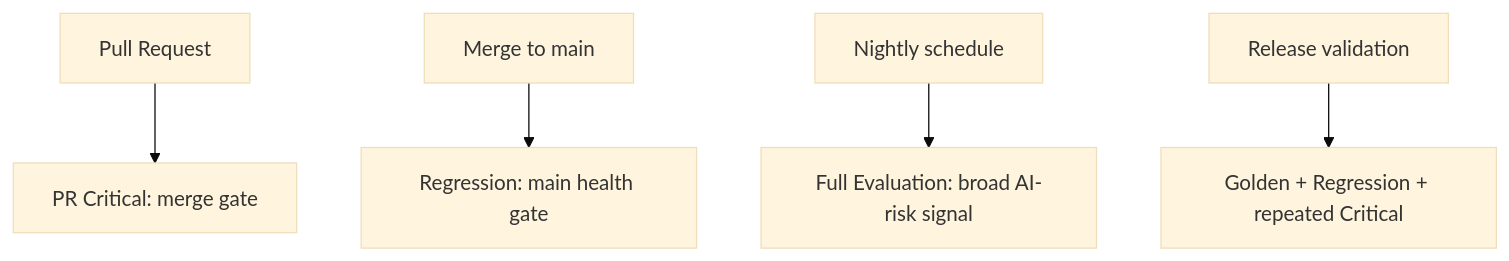
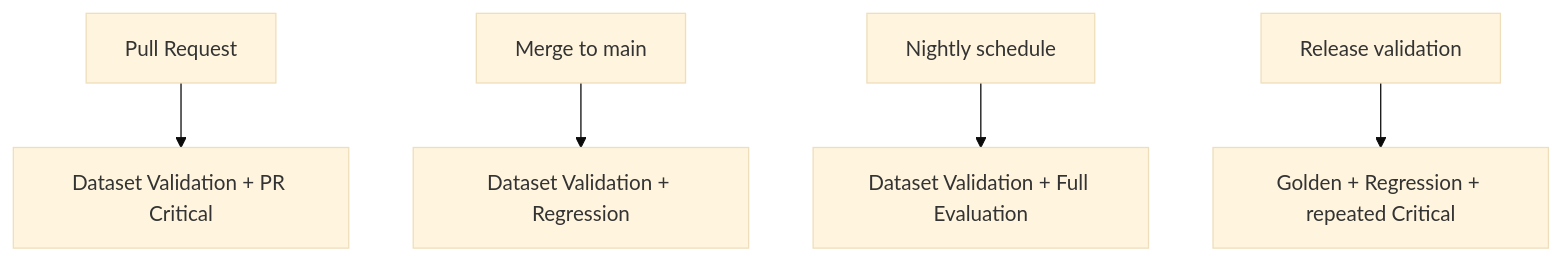
One commit to oleksandrserhieiev-beep/ai-qe-lab changed the fourth of 5 diagrams in README.md. Above: the diagram before and after it, drawn with Mermaid (base theme). The commit also changed other lines of this file, not shown here.

Commit message:
Align README with implemented adaptive RAG architecture

````diff
--- a/README.md
+++ b/README.md
@@ -181,7 +181,7 @@
 ```mermaid
 flowchart TD
-    PR[Pull Request] --> C[PR Critical: merge gate]
-    MAIN[Merge to main] --> R[Regression: main health gate]
-    NIGHT[Nightly schedule] --> N[Full Evaluation: broad AI-risk signal]
+    PR[Pull Request] --> C[Dataset Validation + PR Critical]
+    MAIN[Merge to main] --> R[Dataset Validation + Regression]
+    NIGHT[Nightly schedule] --> N[Dataset Validation + Full Evaluation]
     REL[Release validation] --> V[Golden + Regression + repeated Critical]
 ```
````
